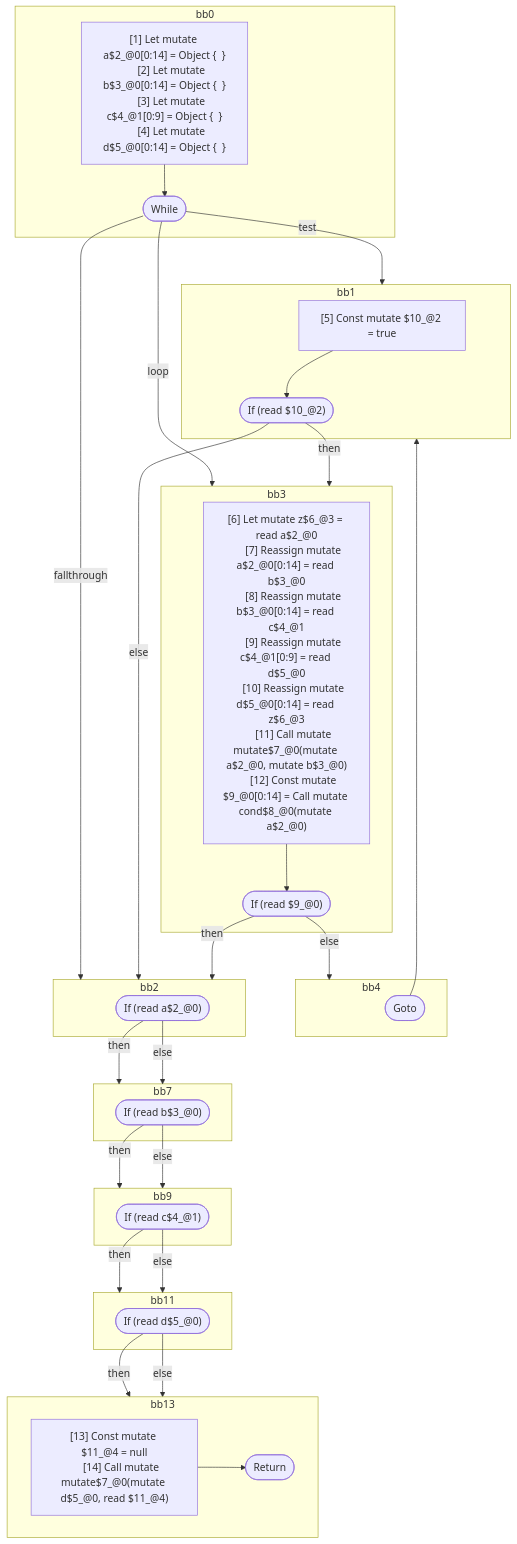
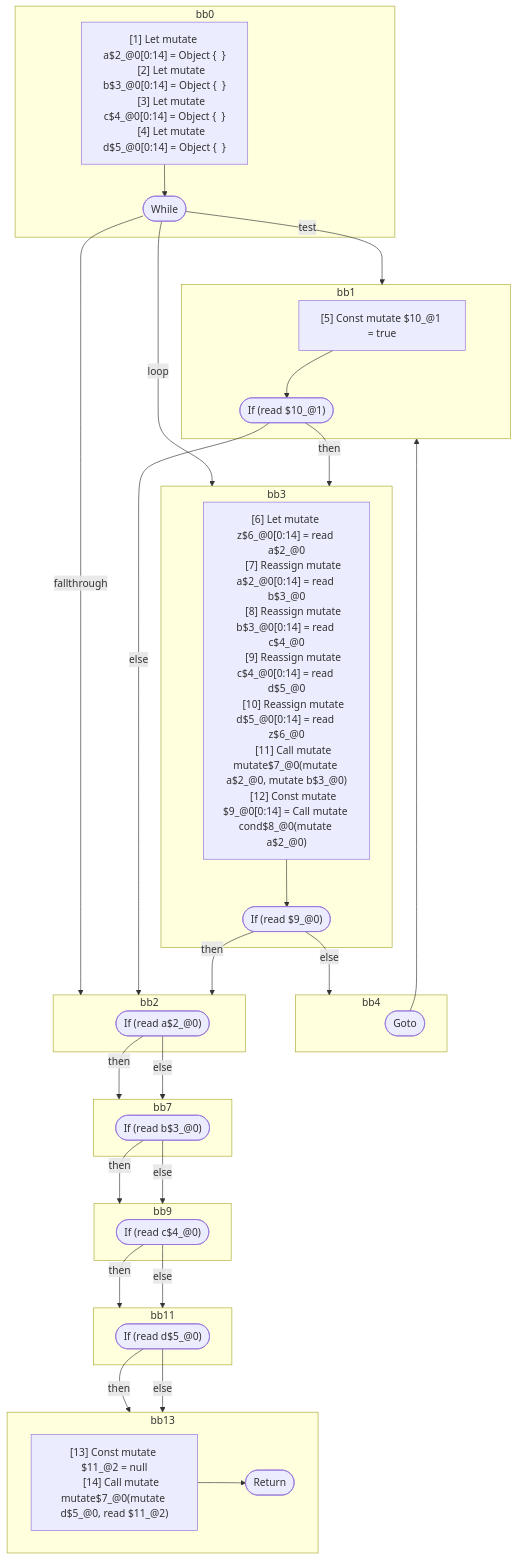
Before and after one commit to wutsmog/private: the third of 3 diagrams in compiler/forget/src/__tests__/fixtures/hir/mutable-lifetime-loops.expect.md, drawn with Mermaid. The commit also changed other lines of this file and 13 other files, not shown here.

````diff
--- a/compiler/forget/src/__tests__/fixtures/hir/mutable-lifetime-loops.expect.md
+++ b/compiler/forget/src/__tests__/fixtures/hir/mutable-lifetime-loops.expect.md
@@ -145,72 +145,72 @@
 ```mermaid
 flowchart TB
   %% Basic Blocks
   subgraph bb0
     bb0_instrs["
       [1] Let mutate a$2_@0[0:14] = Object {  }
       [2] Let mutate b$3_@0[0:14] = Object {  }
-      [3] Let mutate c$4_@1[0:9] = Object {  }
+      [3] Let mutate c$4_@0[0:14] = Object {  }
       [4] Let mutate d$5_@0[0:14] = Object {  }
     "]
     bb0_instrs --> bb0_terminal(["While"])
   end
   subgraph bb1
     bb1_instrs["
-      [5] Const mutate $10_@2 = true
+      [5] Const mutate $10_@1 = true
     "]
-    bb1_instrs --> bb1_terminal(["If (read $10_@2)"])
+    bb1_instrs --> bb1_terminal(["If (read $10_@1)"])
   end
   subgraph bb3
     bb3_instrs["
-      [6] Let mutate z$6_@3 = read a$2_@0
+      [6] Let mutate z$6_@0[0:14] = read a$2_@0
       [7] Reassign mutate a$2_@0[0:14] = read b$3_@0
-      [8] Reassign mutate b$3_@0[0:14] = read c$4_@1
-      [9] Reassign mutate c$4_@1[0:9] = read d$5_@0
-      [10] Reassign mutate d$5_@0[0:14] = read z$6_@3
+      [8] Reassign mutate b$3_@0[0:14] = read c$4_@0
+      [9] Reassign mutate c$4_@0[0:14] = read d$5_@0
+      [10] Reassign mutate d$5_@0[0:14] = read z$6_@0
       [11] Call mutate mutate$7_@0(mutate a$2_@0, mutate b$3_@0)
       [12] Const mutate $9_@0[0:14] = Call mutate cond$8_@0(mutate a$2_@0)
     "]
     bb3_instrs --> bb3_terminal(["If (read $9_@0)"])
   end
   subgraph bb4
     bb4_terminal(["Goto"])
   end
   subgraph bb2
     bb2_terminal(["If (read a$2_@0)"])
   end
   subgraph bb7
     bb7_terminal(["If (read b$3_@0)"])
   end
   subgraph bb9
-    bb9_terminal(["If (read c$4_@1)"])
+    bb9_terminal(["If (read c$4_@0)"])
   end
   subgraph bb11
     bb11_terminal(["If (read d$5_@0)"])
   end
   subgraph bb13
     bb13_instrs["
-      [13] Const mutate $11_@4 = null
-      [14] Call mutate mutate$7_@0(mutate d$5_@0, read $11_@4)
+      [13] Const mutate $11_@2 = null
+      [14] Call mutate mutate$7_@0(mutate d$5_@0, read $11_@2)
     "]
     bb13_instrs --> bb13_terminal(["Return"])
   end
 
   %% Jumps
   bb0_terminal -- "test" --> bb1
   bb0_terminal -- "loop" --> bb3
   bb0_terminal -- "fallthrough" --> bb2
   bb1_terminal -- "then" --> bb3
   bb1_terminal -- "else" --> bb2
   bb3_terminal -- "then" --> bb2
   bb3_terminal -- "else" --> bb4
   bb4_terminal --> bb1
   bb2_terminal -- "then" --> bb7
   bb2_terminal -- "else" --> bb7
   bb7_terminal -- "then" --> bb9
   bb7_terminal -- "else" --> bb9
   bb9_terminal -- "then" --> bb11
   bb9_terminal -- "else" --> bb11
   bb11_terminal -- "then" --> bb13
   bb11_terminal -- "else" --> bb13
 
 ```
````
